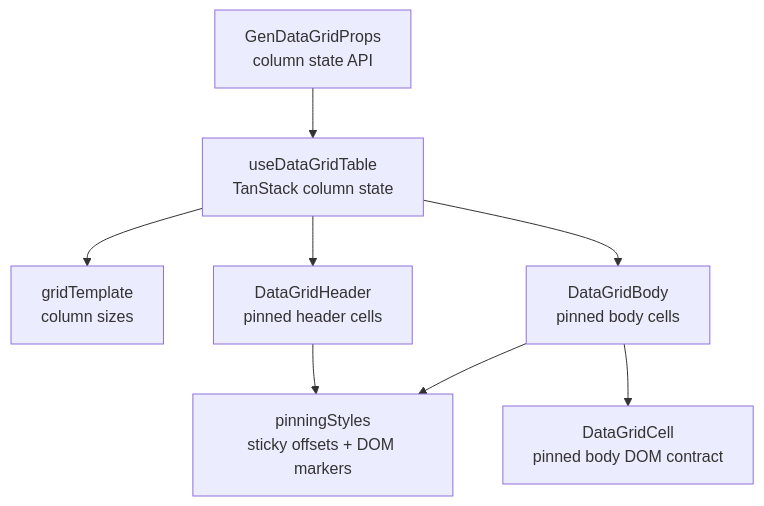
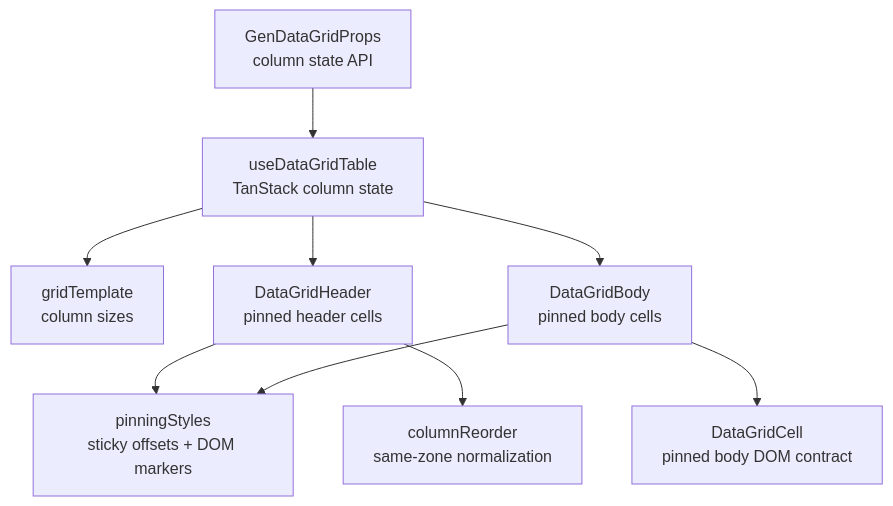
One commit to truerain/gen-office-frontend changed the diagram in packages/gen-datagrid/docs/architecture/gate-5-architecture.md. Above: the diagram before and after it, drawn with Mermaid. The commit also changed other lines of this file and 14 other files, not shown here.

````diff
--- a/packages/gen-datagrid/docs/architecture/gate-5-architecture.md
+++ b/packages/gen-datagrid/docs/architecture/gate-5-architecture.md
@@ -11,18 +11,20 @@
 ```mermaid
 flowchart TD
   Props["GenDataGridProps<br/>column state API"]
   Table["useDataGridTable<br/>TanStack column state"]
   Template["gridTemplate<br/>column sizes"]
   Pinning["pinningStyles<br/>sticky offsets + DOM markers"]
+  Reorder["columnReorder<br/>same-zone normalization"]
   Header["DataGridHeader<br/>pinned header cells"]
   Body["DataGridBody<br/>pinned body cells"]
   Cell["DataGridCell<br/>pinned body DOM contract"]
 
   Props --> Table
   Table --> Template
   Table --> Header
   Table --> Body
   Header --> Pinning
+  Header --> Reorder
   Body --> Pinning
   Body --> Cell
 ```
````
